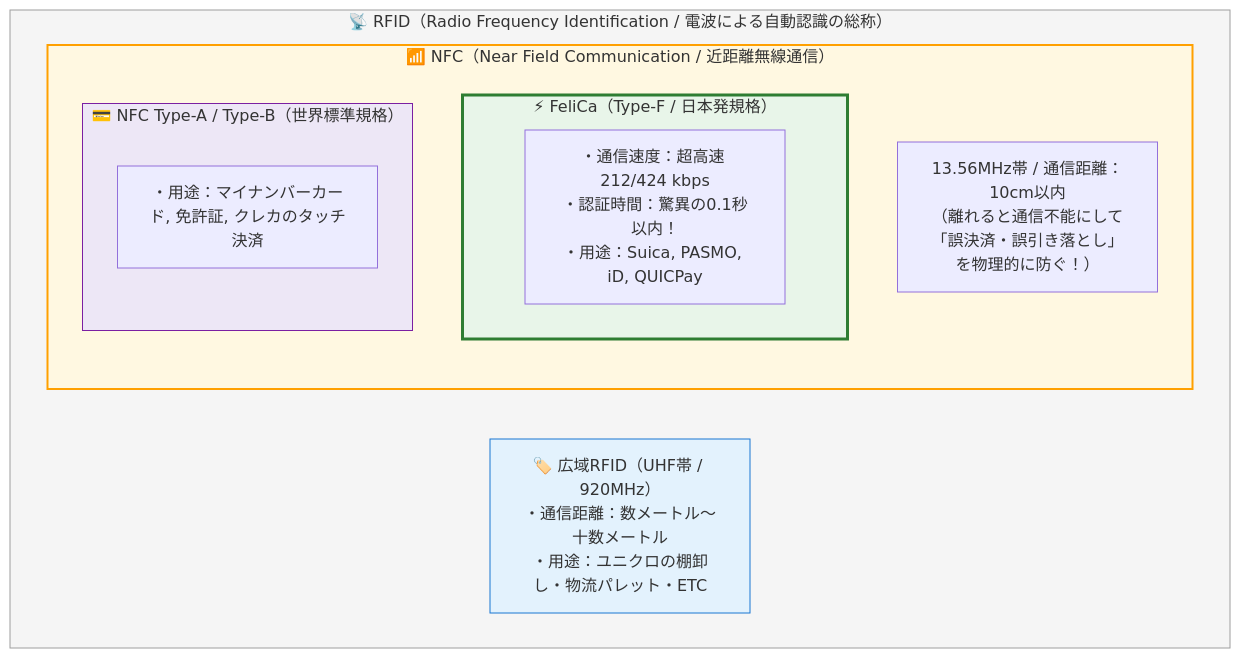
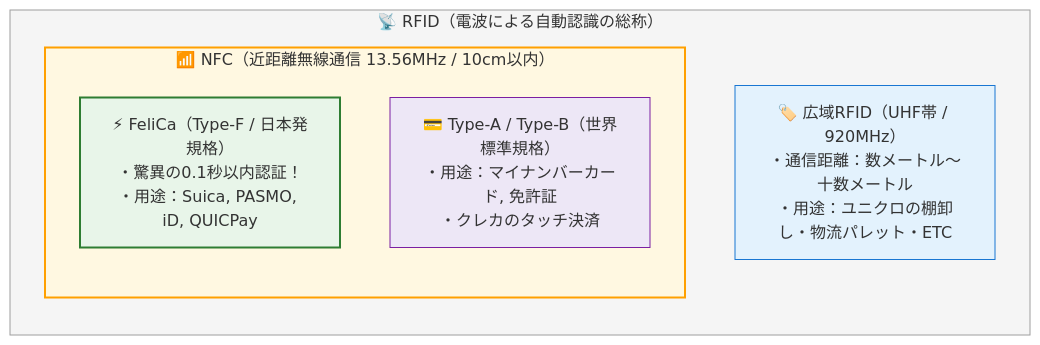
One commit to kashiwabarakenji/multimedia changed the second of 12 diagrams in part4_money.qmd. Above: the diagram before and after it, drawn with Mermaid. The commit also changed other lines of this file and 18 other files, not shown here.

````diff
--- a/part4_money.qmd
+++ b/part4_money.qmd
@@ -106,20 +110,17 @@
 ```{mermaid}
-flowchart TB
-    subgraph RFID["📡 RFID（Radio Frequency Identification / 電波による自動認識の総称）"]
+flowchart LR
+    subgraph RFID["📡 RFID（電波による自動認識の総称）"]
+        direction TB
         UHF["🏷️ 広域RFID（UHF帯 / 920MHz）<br/>・通信距離：数メートル〜十数メートル<br/>・用途：ユニクロの棚卸し・物流パレット・ETC"]
-        subgraph NFC["📶 NFC（Near Field Communication / 近距離無線通信）"]
-            HF["13.56MHz帯 / 通信距離：10cm以内<br/>（離れると通信不能にして「誤決済・誤引き落とし」を物理的に防ぐ！）"]
-            subgraph FeliCa["⚡ FeliCa（Type-F / 日本発規格）"]
-                FELICA_DESC["・通信速度：超高速 212/424 kbps<br/>・認証時間：驚異の0.1秒以内！<br/>・用途：Suica, PASMO, iD, QUICPay"]
-            end
-            subgraph TYPEAB["💳 NFC Type-A / Type-B（世界標準規格）"]
-                AB_DESC["・用途：マイナンバーカード, 免許証, クレカのタッチ決済"]
-            end
+        subgraph NFC["📶 NFC（近距離無線通信 13.56MHz / 10cm以内）"]
+            direction TB
+            FeliCa["⚡ FeliCa（Type-F / 日本発規格）<br/>・驚異の0.1秒以内認証！<br/>・用途：Suica, PASMO, iD, QUICPay"]
+            TYPEAB["💳 Type-A / Type-B（世界標準規格）<br/>・用途：マイナンバーカード, 免許証<br/>・クレカのタッチ決済"]
         end
     end
     style RFID fill:#f5f5f5,stroke:#9e9e9e
     style UHF fill:#e3f2fd,stroke:#1976d2
     style NFC fill:#fff8e1,stroke:#ffa000,stroke-width:2px
-    style FeliCa fill:#e8f5e9,stroke:#2e7d32,stroke-width:3px
+    style FeliCa fill:#e8f5e9,stroke:#2e7d32,stroke-width:2px
     style TYPEAB fill:#ede7f6,stroke:#7b1fa2
 ```
````
